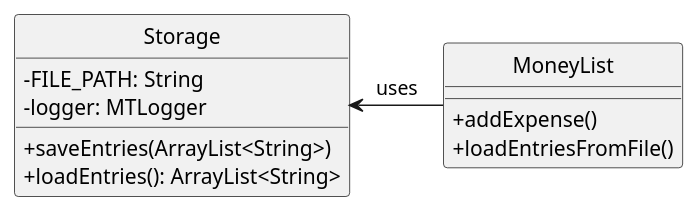
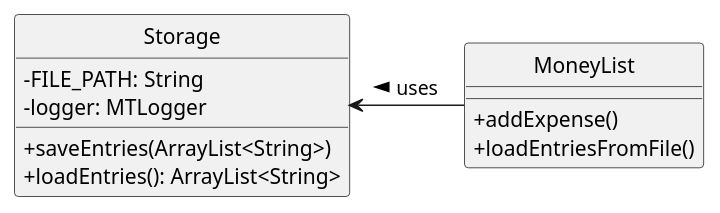
Before and after one commit to EdwinTun98/tp: the diagram in docs/diagrams/Storage_Class.puml, drawn with PlantUML. The commit also changed 10 other files, not shown here.

Commit message:
Added association arrows in all class diagrams

```diff
--- a/docs/diagrams/Storage_Class.puml
+++ b/docs/diagrams/Storage_Class.puml
@@ -1,18 +1,18 @@
 @startuml Storage_ClassDiagram
 hide circle
 skinparam classAttributeIconSize 0
 
 class Storage {
   - FILE_PATH: String
   - logger: MTLogger
   + saveEntries(ArrayList<String>)
   + loadEntries(): ArrayList<String>
 }
 
 class MoneyList {
   + addExpense()
   + loadEntriesFromFile()
 }
 
-Storage <- MoneyList : "uses"
+Storage <- MoneyList : uses <
 @enduml
```
